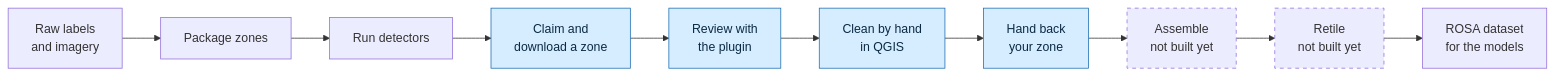
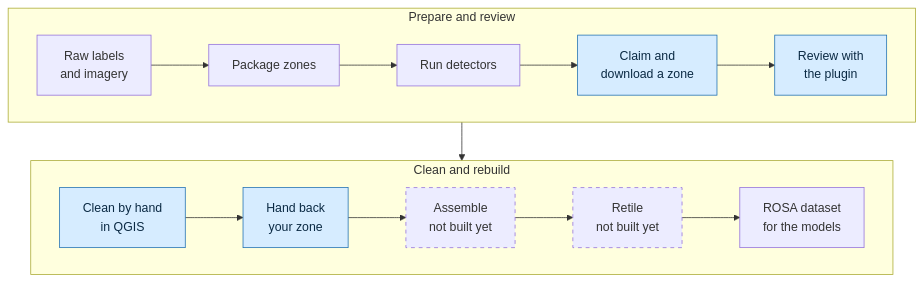
Before and after one commit to kelviy/GeoSAMRoad: the diagram in docs/index.md, drawn with Mermaid.

Commit message:
Docs landing page: draw the cleaning flow in two rows (KEL-60)
One row of nine steps rendered too small to read.

````diff
--- a/docs/index.md
+++ b/docs/index.md
@@ -13,17 +13,17 @@
 ```mermaid
-flowchart LR
-    raw[Raw labels<br>and imagery] --> pkg[Package zones]
-    pkg --> det[Run detectors]
-    det --> claim[Claim and<br>download a zone]
-    claim --> review[Review with<br>the plugin]
-    review --> hand[Clean by hand<br>in QGIS]
-    hand --> back[Hand back<br>your zone]
-    back --> asm[Assemble<br>not built yet]
-    asm --> tile[Retile<br>not built yet]
-    tile --> ds[ROSA dataset<br>for the models]
+flowchart TB
+    subgraph prep [Prepare and review]
+        direction LR
+        raw[Raw labels<br>and imagery] --> pkg[Package zones] --> det[Run detectors] --> claim[Claim and<br>download a zone] --> review[Review with<br>the plugin]
+    end
+    subgraph rebuild [Clean and rebuild]
+        direction LR
+        hand[Clean by hand<br>in QGIS] --> back[Hand back<br>your zone] --> asm[Assemble<br>not built yet] --> tile[Retile<br>not built yet] --> ds[ROSA dataset<br>for the models]
+    end
+    prep --> rebuild
 
     classDef you fill:#d6ecff,stroke:#1f6fb2,color:#0b2a44
     classDef pending stroke-dasharray:5 5
     class claim,review,hand,back you
     class asm,tile pending
 ```
````
